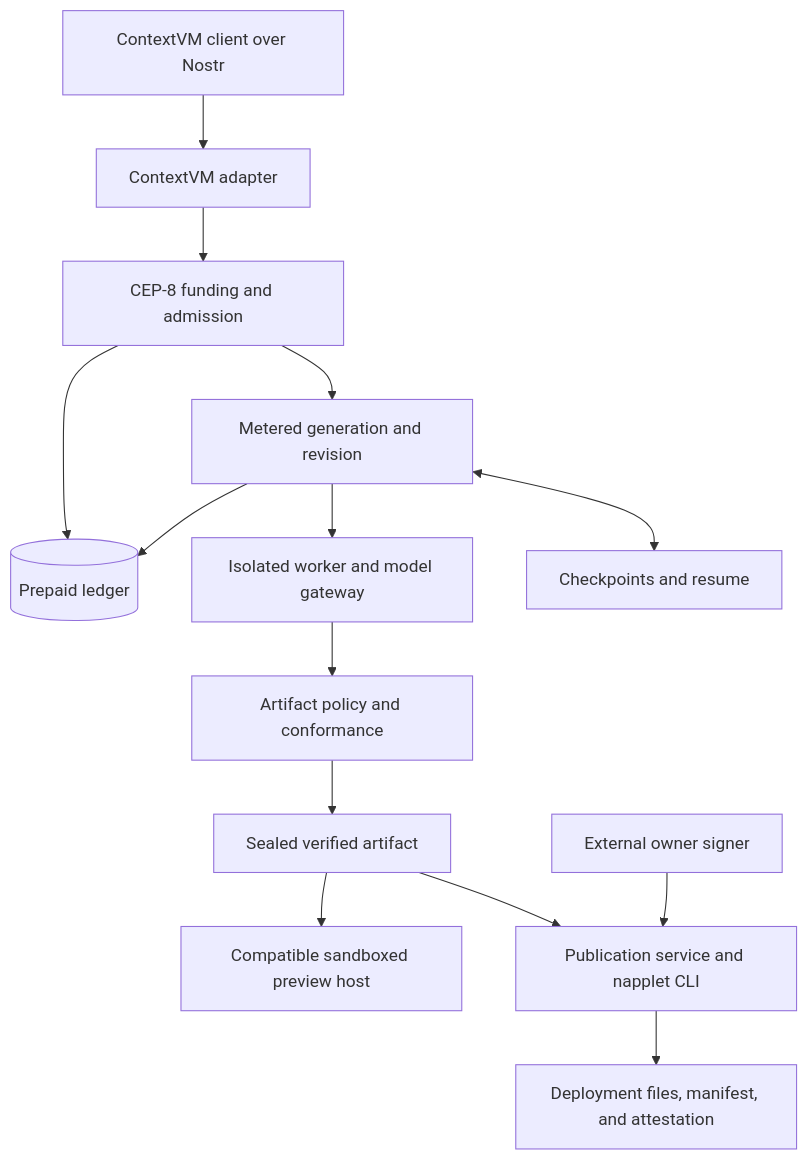
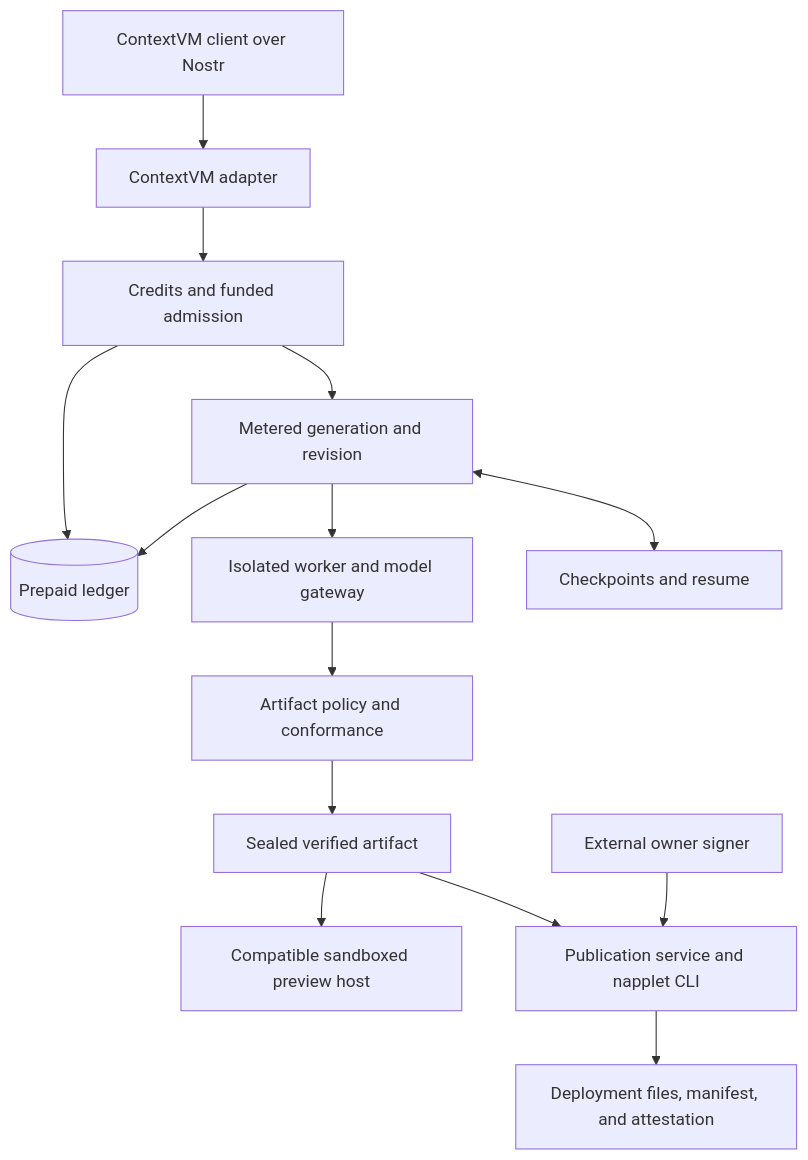
One commit to napplet/cvm changed the diagram in README.md. Above: the diagram before and after it, drawn with Mermaid. The commit also changed other lines of this file and 425 other files, not shown here.

````diff
--- a/README.md
+++ b/README.md
@@ -119,16 +119,16 @@
 ```mermaid
 flowchart TD
     Client[ContextVM client over Nostr] --> Adapter[ContextVM adapter]
-    Adapter --> Funding[CEP-8 funding and admission]
+    Adapter --> Funding[Credits and funded admission]
     Funding --> Ledger[(Prepaid ledger)]
     Funding --> Core[Metered generation and revision]
     Core --> Ledger
     Core --> Worker[Isolated worker and model gateway]
     Core <--> Continuity[Checkpoints and resume]
     Worker --> Verify[Artifact policy and conformance]
     Verify --> Artifact[Sealed verified artifact]
     Artifact --> Preview[Compatible sandboxed preview host]
     Artifact --> Publish[Publication service and napplet CLI]
     Signer[External owner signer] --> Publish
     Publish --> Output[Deployment files, manifest, and attestation]
 ```
````
